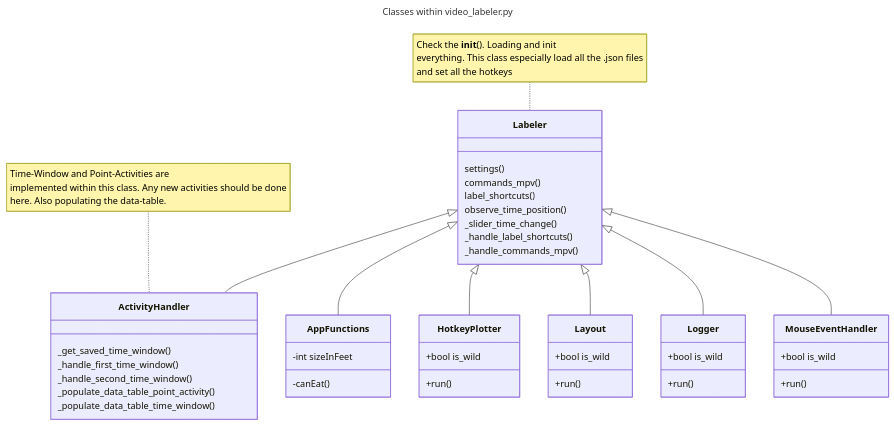
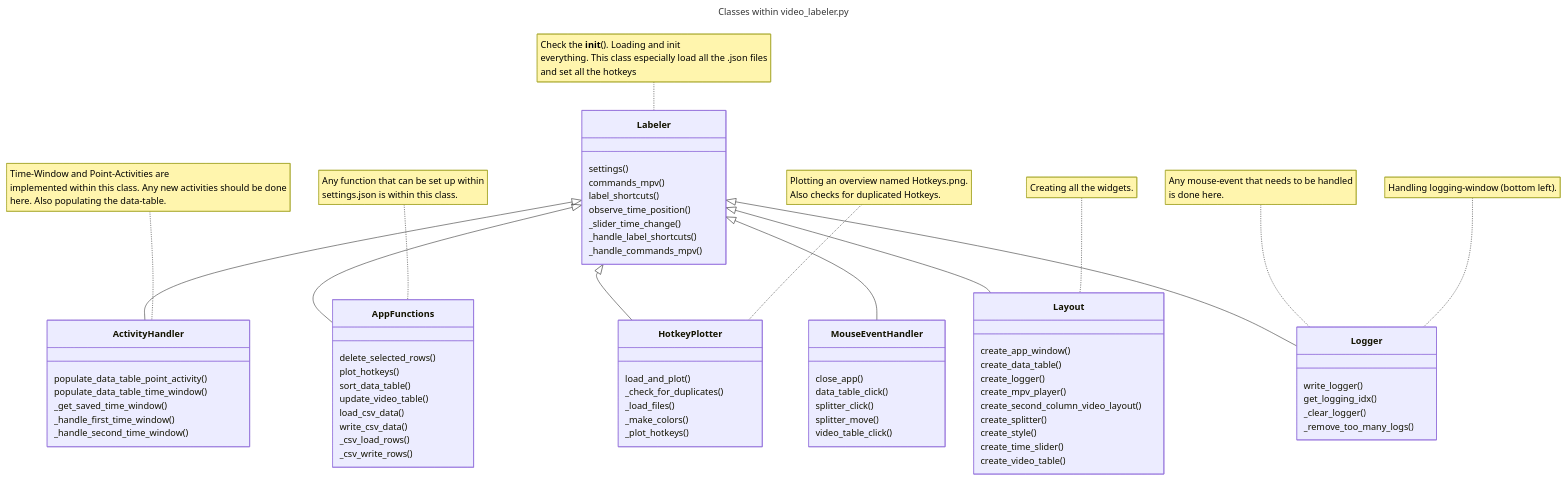
Before and after one commit to VitaliKStud/video-labeler: the diagram in README.md, drawn with Mermaid.

Commit message:
test-markdown

````diff
--- a/README.md
+++ b/README.md
@@ -50,52 +50,81 @@
 ```mermaid
 ---
 title: Classes within video_labeler.py
 ---
 classDiagram
     note for Labeler "Check the __init__(). Loading and init 
     everything. This class especially load all the .json files
     and set all the hotkeys"
     note for ActivityHandler "Time-Window and Point-Activities are
     implemented within this class. Any new activities should be done
     here. Also populating the data-table."
+    note for AppFunctions "Any function that can be set up within 
+    settings.json is within this class."
+    note for HotkeyPlotter "Plotting an overview named Hotkeys.png.
+    Also checks for duplicated Hotkeys."
+    note for Layout "Creating all the widgets."
+    note for Logger "Handling logging-window (bottom left)."
+    note for Logger "Any mouse-event that needs to be handled
+    is done here."
     Labeler <|-- ActivityHandler
     Labeler <|-- AppFunctions
     Labeler <|-- HotkeyPlotter
     Labeler <|-- Layout
     Labeler <|-- Logger
     Labeler <|-- MouseEventHandler
     Labeler : settings()
     Labeler : commands_mpv()
     Labeler : label_shortcuts()
     Labeler : observe_time_position()
     Labeler : _slider_time_change()
     Labeler : _handle_label_shortcuts()
     Labeler : _handle_commands_mpv()
     class ActivityHandler{
+        populate_data_table_point_activity()
+        populate_data_table_time_window()
         _get_saved_time_window()
         _handle_first_time_window()
         _handle_second_time_window()
-        _populate_data_table_point_activity()
-        _populate_data_table_time_window()
     }
     class AppFunctions{
-        -int sizeInFeet
-        -canEat()
+        delete_selected_rows()
+        plot_hotkeys()
+        sort_data_table()
+        update_video_table()
+        load_csv_data()
+        write_csv_data()
+        _csv_load_rows()
+        _csv_write_rows()  
     }
     class HotkeyPlotter{
-        +bool is_wild
-        +run()
+        load_and_plot()
+        _check_for_duplicates()
+        _load_files()
+        _make_colors()
+        _plot_hotkeys()
     }
     class Layout{
-        +bool is_wild
-        +run()
+        create_app_window()
+        create_data_table()
+        create_logger()
+        create_mpv_player()
+        create_second_column_video_layout()
+        create_splitter()
+        create_style()
+        create_time_slider()
+        create_video_table()
     }
     class Logger{
-        +bool is_wild
-        +run()
+        write_logger()
+        get_logging_idx()
+        _clear_logger()
+        _remove_too_many_logs()
     }
     class MouseEventHandler{
-        +bool is_wild
-        +run()
+        close_app()
+        data_table_click()
+        splitter_click()
+        splitter_move()
+        video_table_click()
     }
 ```
````
